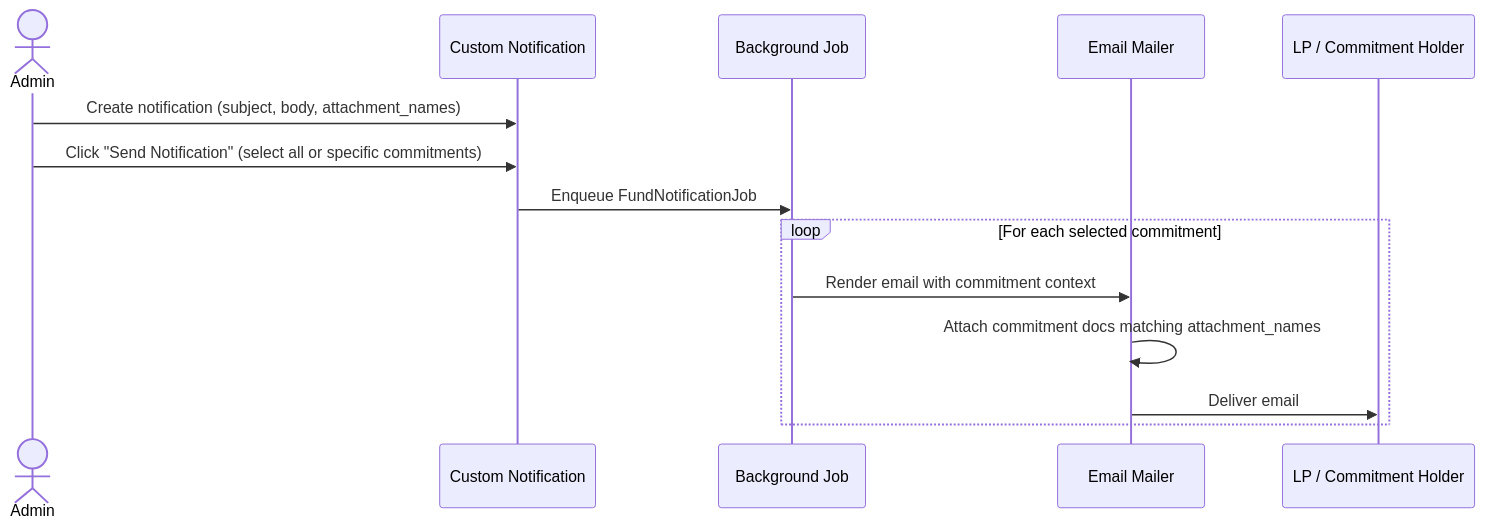
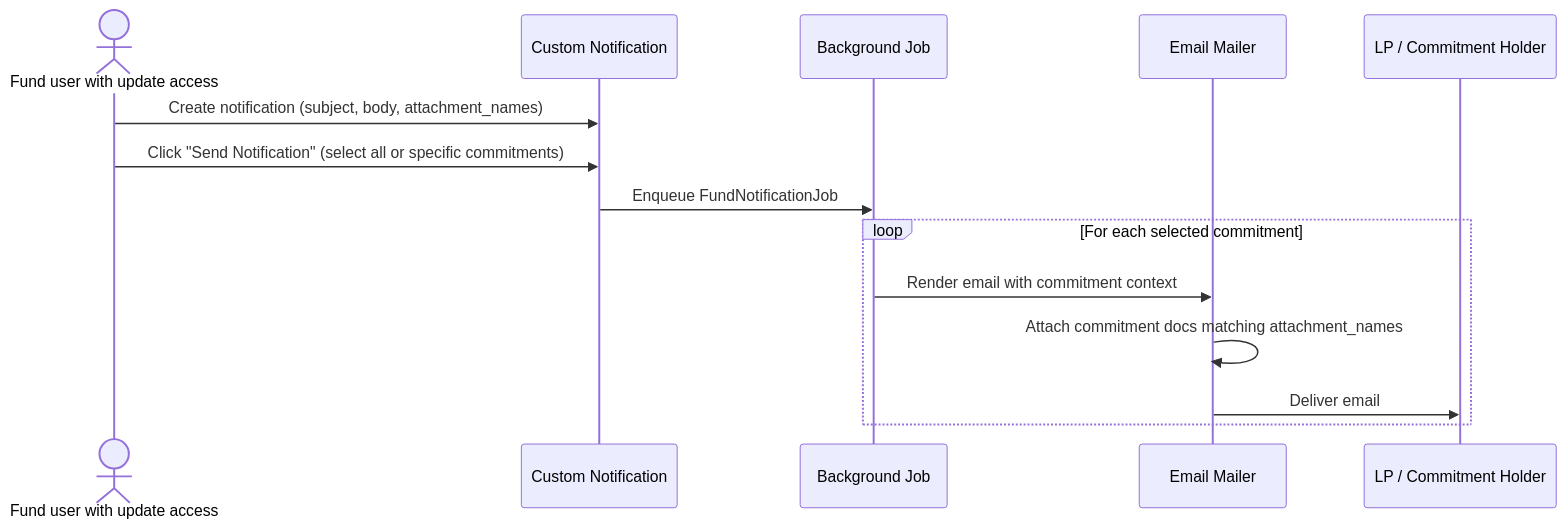
One commit to sampadadiwan/IRM_CompanyMain changed the diagram in docs/user_guides/fund_commitment_notifications_user_guide.md. Above: the diagram before and after it, drawn with Mermaid. The commit also changed other lines of this file and 135 other files, not shown here.

````diff
--- a/docs/user_guides/fund_commitment_notifications_user_guide.md
+++ b/docs/user_guides/fund_commitment_notifications_user_guide.md
@@ -29,17 +31,17 @@
 ```mermaid
 sequenceDiagram
-    actor Admin
+    actor User as Fund user with update access
     participant CN as Custom Notification
     participant Job as Background Job
     participant Mailer as Email Mailer
     participant LP as LP / Commitment Holder
 
-    Admin->>CN: Create notification (subject, body, attachment_names)
-    Admin->>CN: Click "Send Notification" (select all or specific commitments)
+    User->>CN: Create notification (subject, body, attachment_names)
+    User->>CN: Click "Send Notification" (select all or specific commitments)
     CN->>Job: Enqueue FundNotificationJob
     loop For each selected commitment
         Job->>Mailer: Render email with commitment context
         Mailer->>Mailer: Attach commitment docs matching attachment_names
         Mailer->>LP: Deliver email
     end
 ```
````
